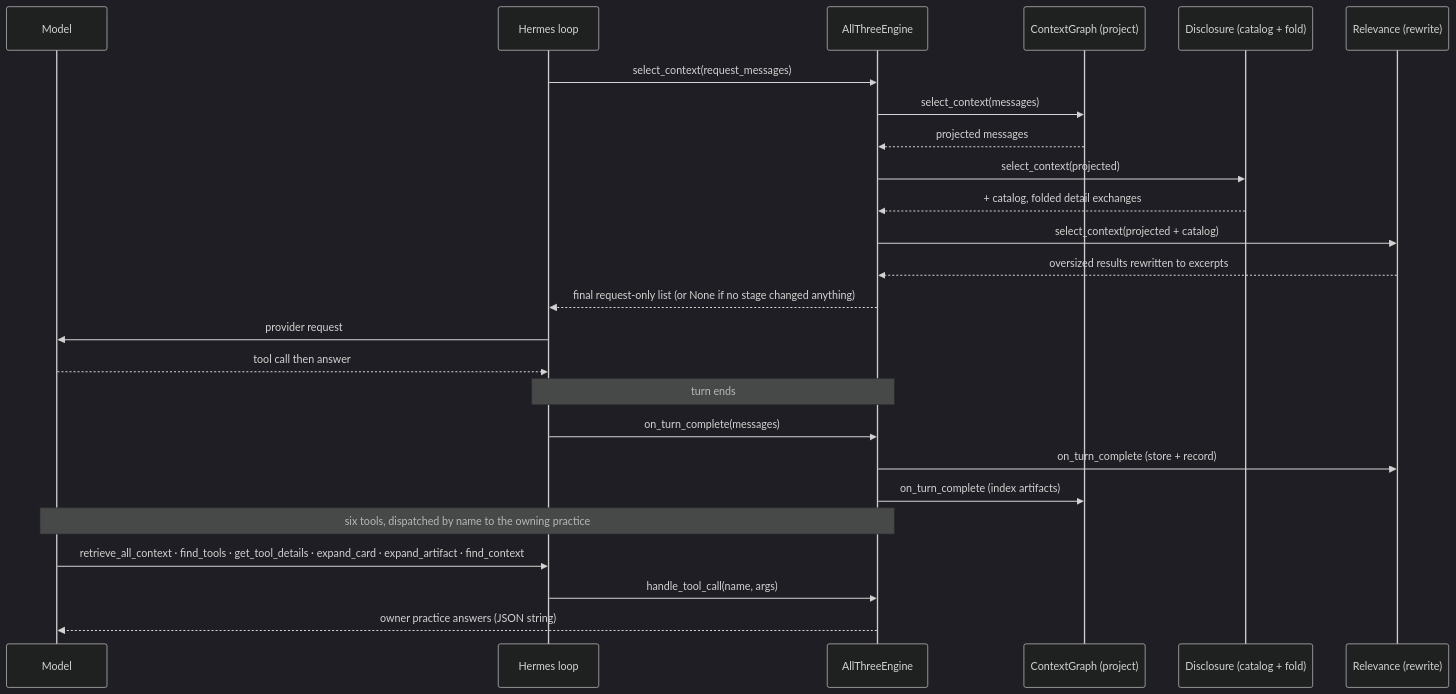
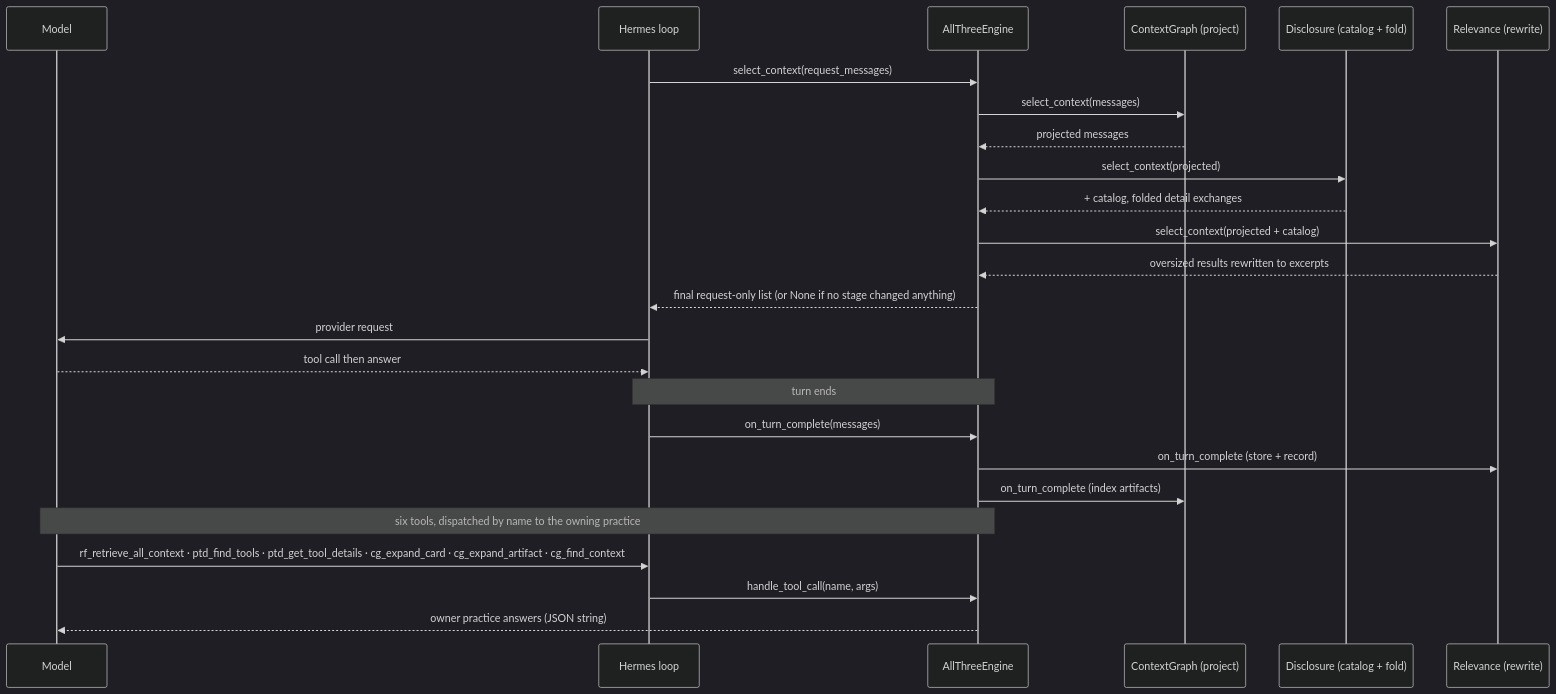
Before and after one commit to aws-samples/sample-context-engineering: the diagram in docs/design/sequence/hermes/sequence-combined.md, drawn with Mermaid (dark theme). The commit also changed other lines of this file and 124 other files, not shown here.

````diff
--- a/docs/design/sequence/hermes/sequence-combined.md
+++ b/docs/design/sequence/hermes/sequence-combined.md
@@ -31,28 +31,28 @@
 ```mermaid
 sequenceDiagram
     participant M as Model
     participant H as Hermes loop
     participant A3 as AllThreeEngine
     participant D as ContextGraph (project)
     participant B as Disclosure (catalog + fold)
     participant A as Relevance (rewrite)
 
     H->>A3: select_context(request_messages)
     A3->>D: select_context(messages)
     D-->>A3: projected messages
     A3->>B: select_context(projected)
     B-->>A3: + catalog, folded detail exchanges
     A3->>A: select_context(projected + catalog)
     A-->>A3: oversized results rewritten to excerpts
     A3-->>H: final request-only list (or None if no stage changed anything)
     H->>M: provider request
     M-->>H: tool call then answer
     Note over H,A3: turn ends
     H->>A3: on_turn_complete(messages)
     A3->>A: on_turn_complete (store + record)
     A3->>D: on_turn_complete (index artifacts)
     Note over M,A3: six tools, dispatched by name to the owning practice
-    M->>H: retrieve_all_context · find_tools · get_tool_details · expand_card · expand_artifact · find_context
+    M->>H: rf_retrieve_all_context · ptd_find_tools · ptd_get_tool_details · cg_expand_card · cg_expand_artifact · cg_find_context
     H->>A3: handle_tool_call(name, args)
     A3-->>M: owner practice answers (JSON string)
 ```
````
